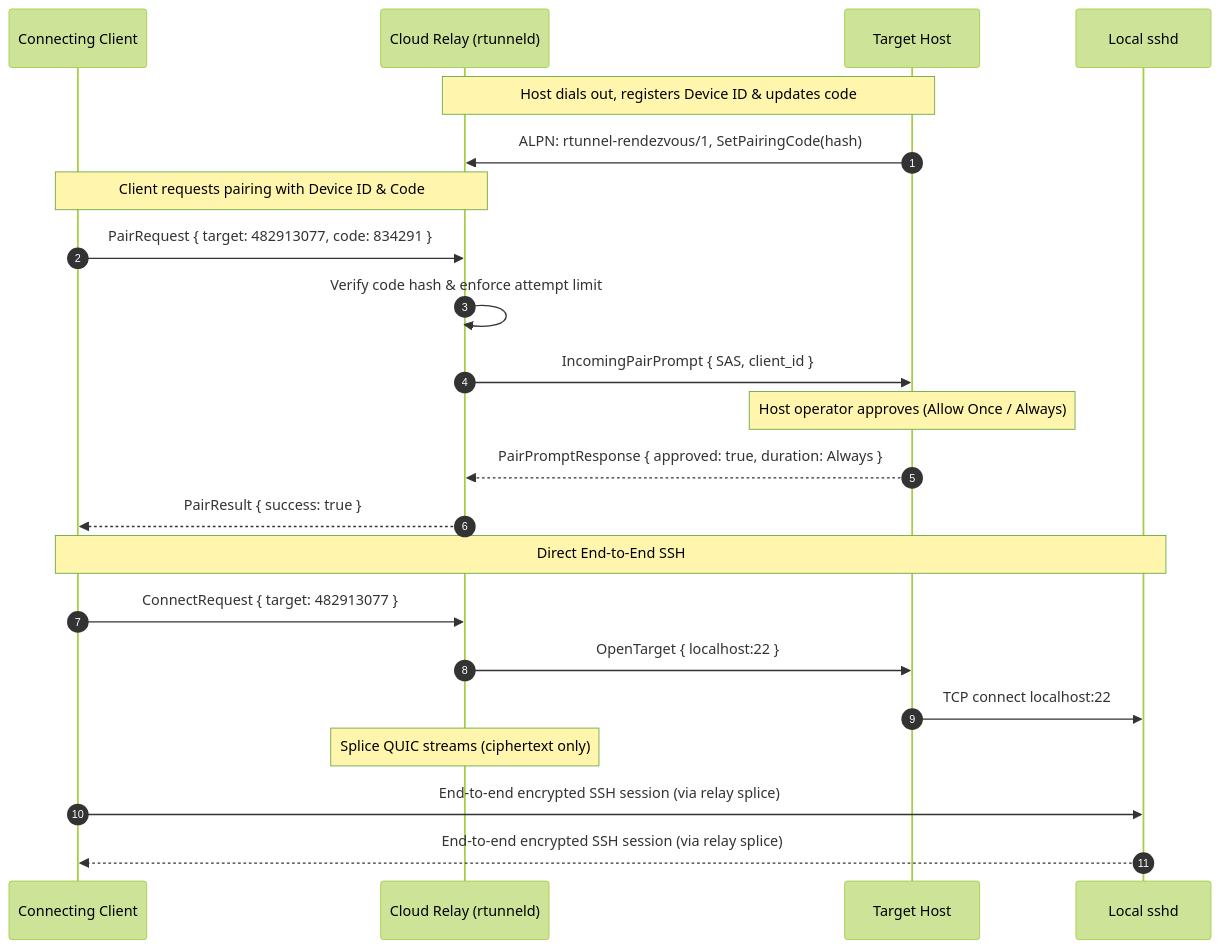
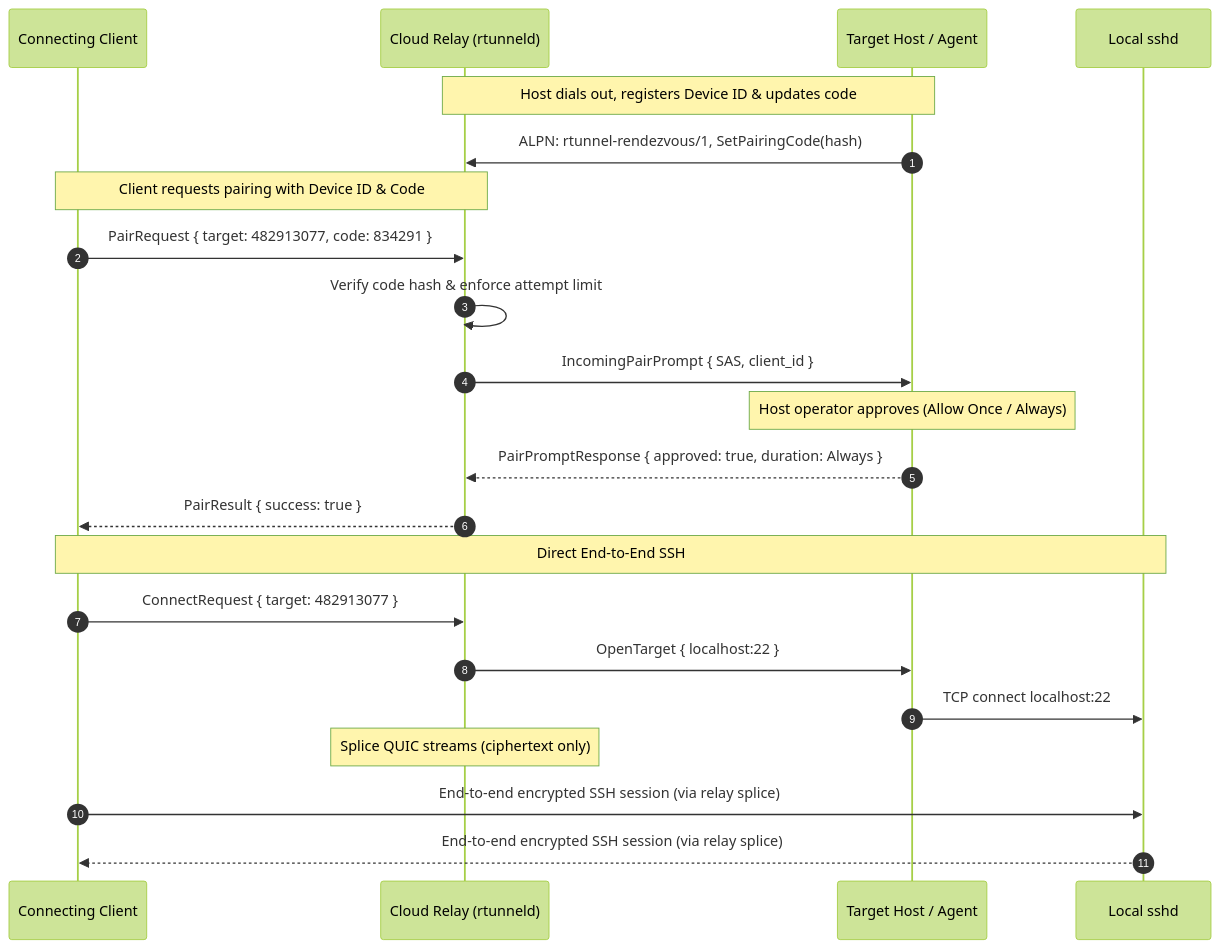
The second of 2 diagrams in README.md (abiiranathan/rtunneld), drawn with Mermaid (forest theme) before and after one commit. The commit also changed other lines of this file and 4 other files, not shown here.

````diff
--- a/README.md
+++ b/README.md
@@ -49,27 +50,27 @@
 ```mermaid
 sequenceDiagram
     autonumber
     participant C as Connecting Client
     participant R as Cloud Relay (rtunneld)
-    participant H as Target Host
+    participant H as Target Host / Agent
     participant S as Local sshd
 
     Note over H,R: Host dials out, registers Device ID & updates code
     H->>R: ALPN: rtunnel-rendezvous/1, SetPairingCode(hash)
     
     Note over C,R: Client requests pairing with Device ID & Code
     C->>R: PairRequest { target: 482913077, code: 834291 }
     R->>R: Verify code hash & enforce attempt limit
     R->>H: IncomingPairPrompt { SAS, client_id }
     Note over H: Host operator approves (Allow Once / Always)
     H-->>R: PairPromptResponse { approved: true, duration: Always }
     R-->>C: PairResult { success: true }
 
     Note over C,S: Direct End-to-End SSH
     C->>R: ConnectRequest { target: 482913077 }
     R->>H: OpenTarget { localhost:22 }
     H->>S: TCP connect localhost:22
     Note over R: Splice QUIC streams (ciphertext only)
     C->>S: End-to-end encrypted SSH session (via relay splice)
     S-->>C: End-to-end encrypted SSH session (via relay splice)
 ```
````
